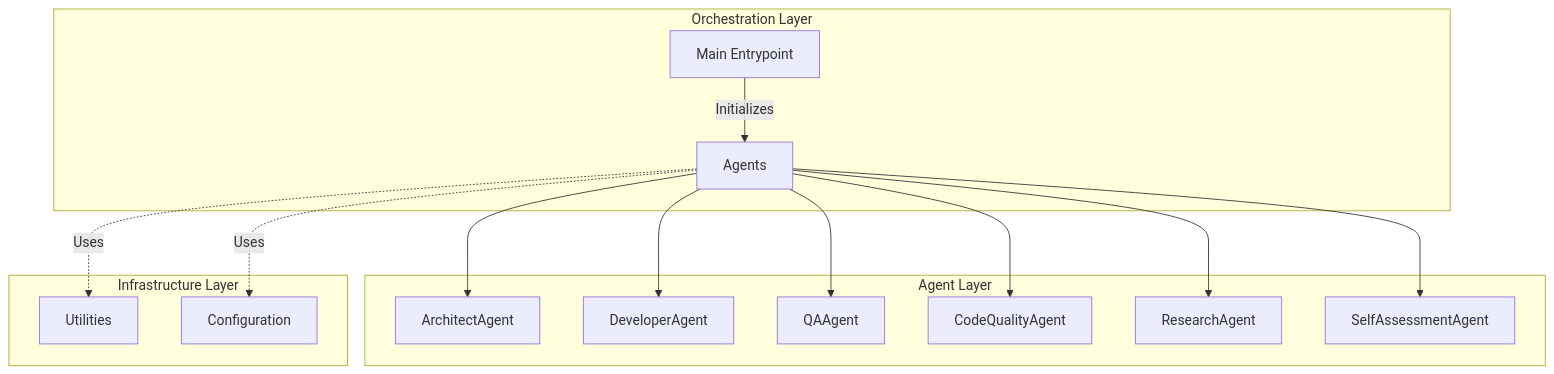
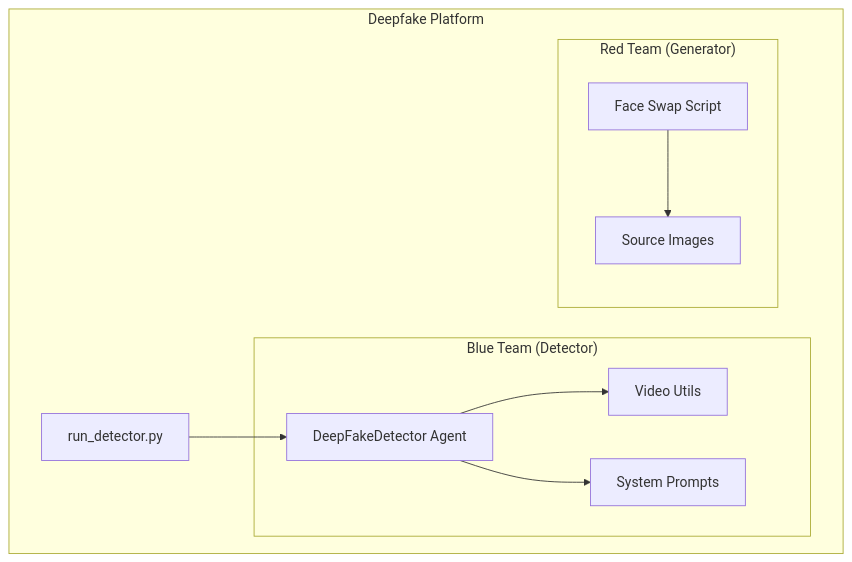
The second of 2 diagrams in docs/ARCHITECTURE.md (Itamarvs/LLMsOrchestration), drawn with Mermaid before and after one commit. The commit also changed other lines of this file and 34 other files, not shown here.

Commit message:
Refactor to Deepfake Platform and update docs

````diff
--- a/docs/ARCHITECTURE.md
+++ b/docs/ARCHITECTURE.md
@@ -19,23 +22,22 @@
 ```mermaid
 graph TD
-    subgraph "Orchestration Layer"
-        Main[Main Entrypoint] -->|Initializes| Agents
+    subgraph "Deepfake Platform"
+        Entry[run_detector.py]
+        
+        subgraph "Blue Team (Detector)"
+            Agent[DeepFakeDetector Agent]
+            Utils[Video Utils]
+            Prompts[System Prompts]
+        end
+        
+        subgraph "Red Team (Generator)"
+            FaceSwap[Face Swap Script]
+            Data[Source Images]
+        end
     end
     
-    subgraph "Agent Layer"
-        Agents --> Architect[ArchitectAgent]
-        Agents --> Developer[DeveloperAgent]
-        Agents --> QA[QAAgent]
-        Agents --> Quality[CodeQualityAgent]
-        Agents --> Research[ResearchAgent]
-        Agents --> Assessor[SelfAssessmentAgent]
-    end
-    
-    subgraph "Infrastructure Layer"
-        Utils[Utilities]
-        Config[Configuration]
-    end
-    
-    Agents -.->|Uses| Utils
-    Agents -.->|Uses| Config
+    Entry --> Agent
+    Agent --> Utils
+    Agent --> Prompts
+    FaceSwap --> Data
 ```
````
